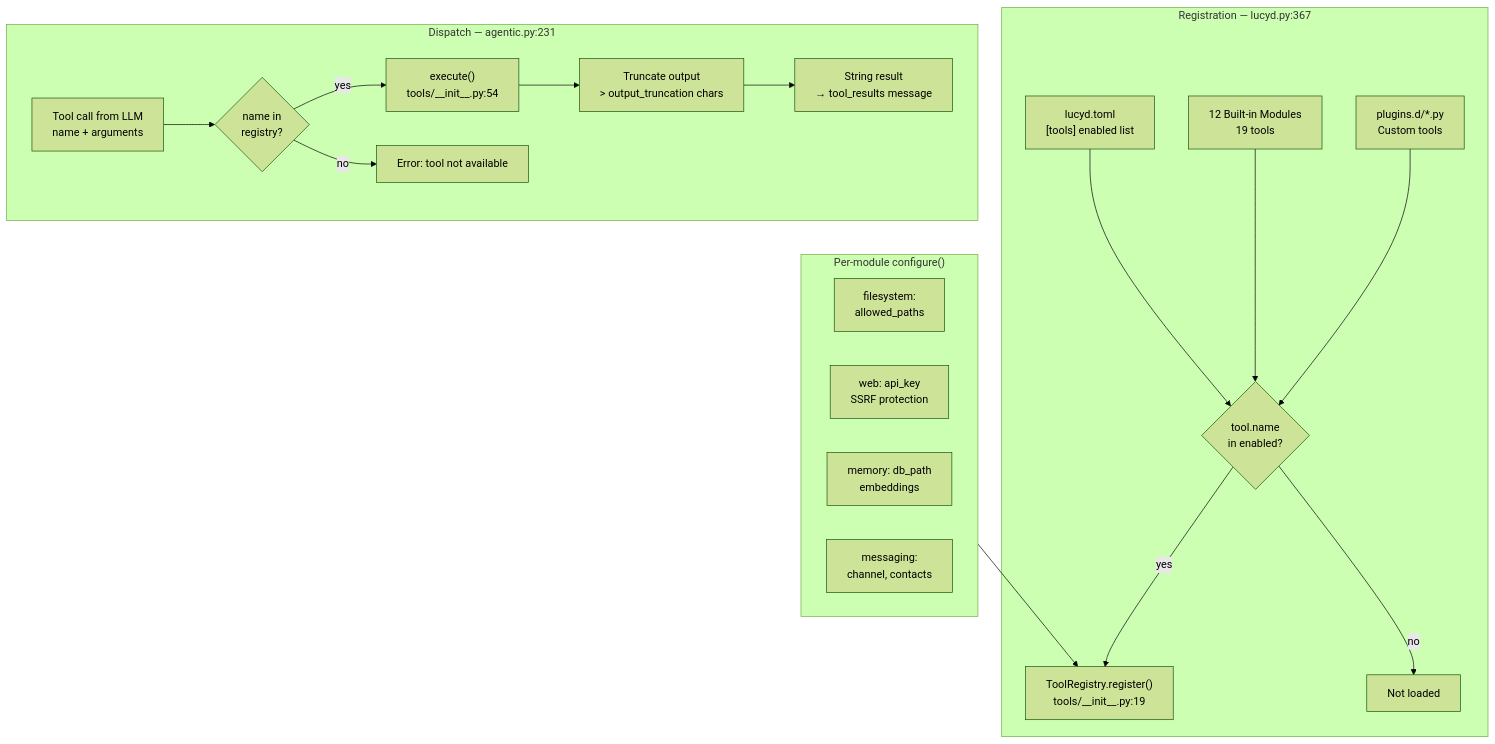
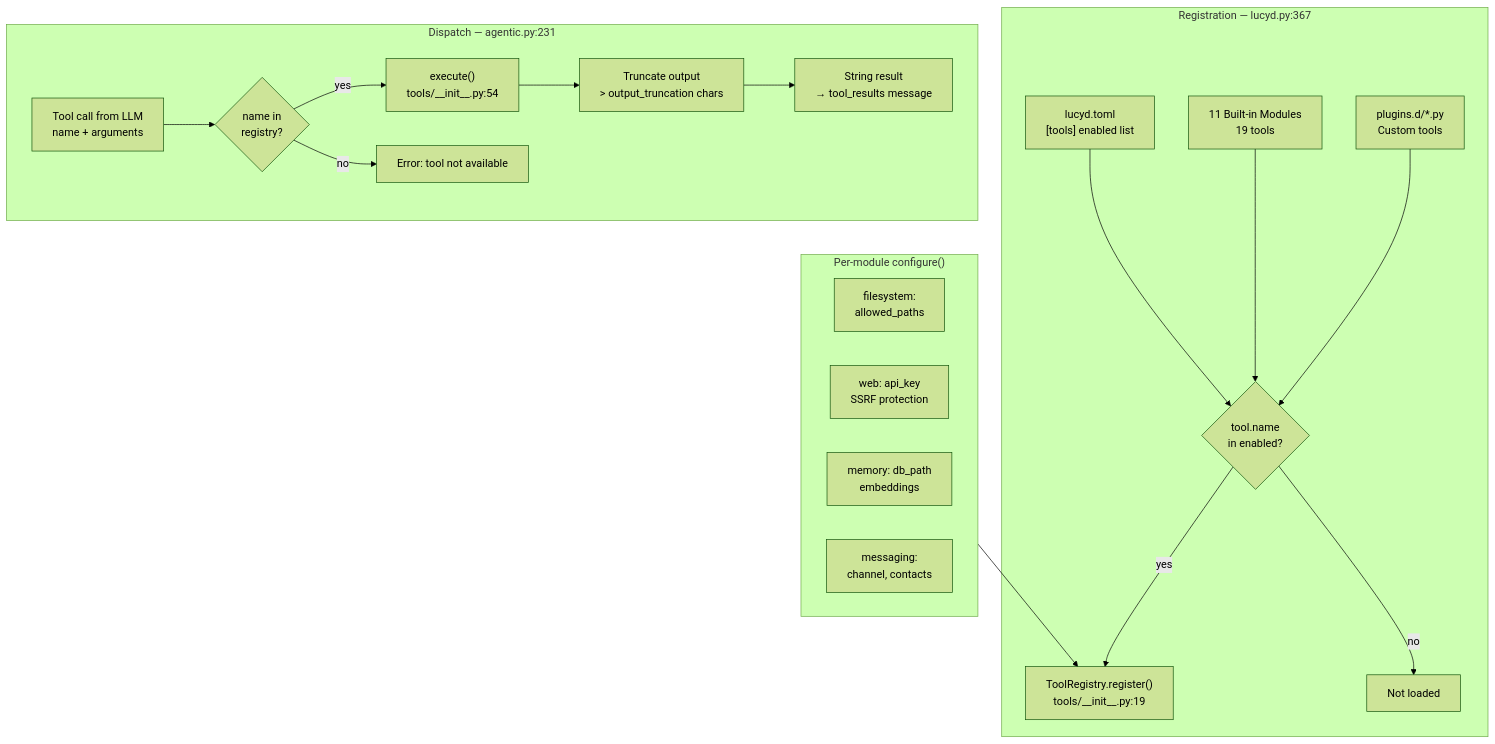
Before and after one commit to nicolasforstinger/lucyd: the seventh of 8 diagrams in docs/diagrams.md, drawn with Mermaid (forest theme). The commit also changed other lines of this file and 1 other file, not shown here.

First line of the commit message:
fix: correct 3 diagram inaccuracies verified against source

````diff
--- a/docs/diagrams.md
+++ b/docs/diagrams.md
@@ -272,36 +272,36 @@
 ```mermaid
 flowchart TD
     subgraph Startup["Registration — lucyd.py:367"]
         CONFIG["lucyd.toml<br/>[tools] enabled list"]
-        BUILTIN["12 Built-in Modules<br/>19 tools"]
+        BUILTIN["11 Built-in Modules<br/>19 tools"]
         PLUGINS["plugins.d/*.py<br/>Custom tools"]
         CONFIG --> FILTER{"tool.name<br/>in enabled?"}
         BUILTIN --> FILTER
         PLUGINS --> FILTER
         FILTER -->|yes| REG["ToolRegistry.register()<br/>tools/__init__.py:19"]
         FILTER -->|no| SKIP["Not loaded"]
     end
 
     subgraph Configure["Per-module configure()"]
         direction LR
         FS_CFG["filesystem:<br/>allowed_paths"]
         WEB_CFG["web: api_key<br/>SSRF protection"]
         MEM_CFG["memory: db_path<br/>embeddings"]
         MSG_CFG["messaging:<br/>channel, contacts"]
     end
 
     subgraph Runtime["Dispatch — agentic.py:231"]
         CALL["Tool call from LLM<br/>name + arguments"]
         LOOKUP{"name in<br/>registry?"}
         EXEC["execute()<br/>tools/__init__.py:54"]
         TRUNC["Truncate output<br/>> output_truncation chars"]
         RESULT["String result<br/>→ tool_results message"]
         ERR["Error: tool not available"]
     end
 
     Configure --> REG
 
     CALL --> LOOKUP
     LOOKUP -->|yes| EXEC --> TRUNC --> RESULT
     LOOKUP -->|no| ERR
 ```
````
